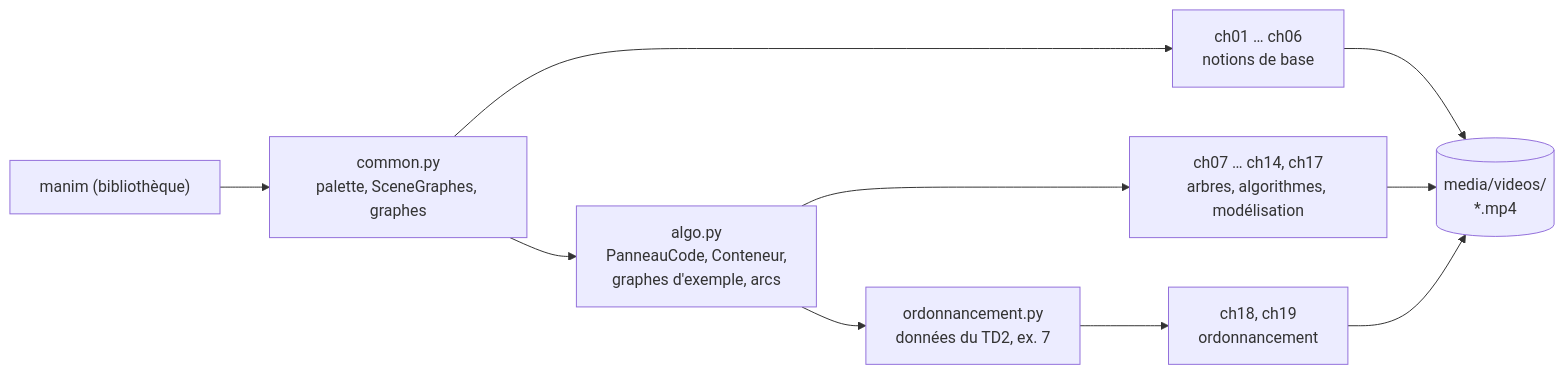
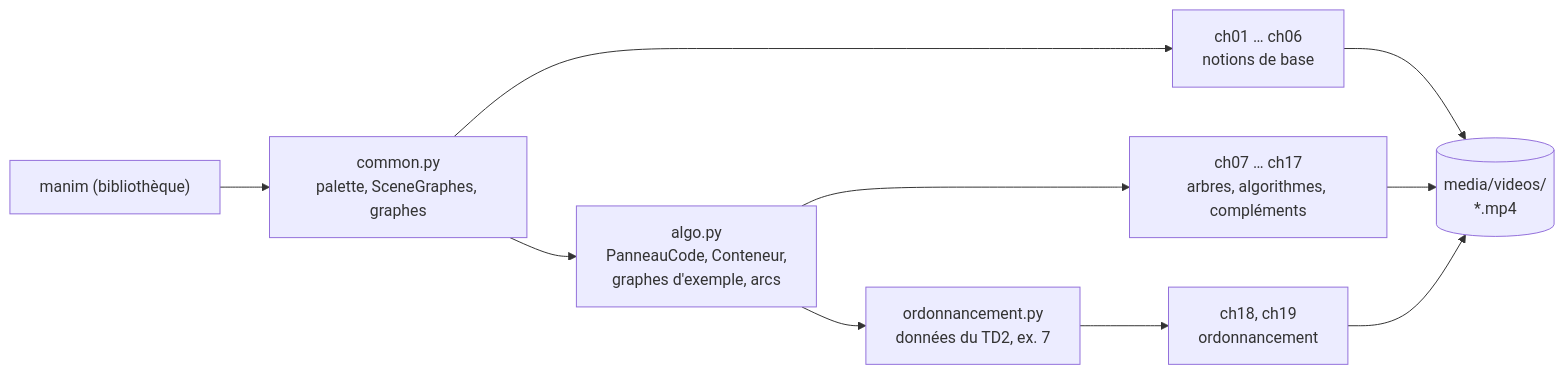
The first of 2 diagrams in ARCHITECTURE.md (sikoso774/revisions-maths), drawn with Mermaid before and after one commit. The commit also changed other lines of this file and 5 other files, not shown here.

````diff
--- a/ARCHITECTURE.md
+++ b/ARCHITECTURE.md
@@ -9,12 +9,12 @@
 ```mermaid
 flowchart LR
     manim["manim (bibliothèque)"] --> common
     common["common.py<br/>palette, SceneGraphes, graphes"] --> c16["ch01 … ch06<br/>notions de base"]
     common --> algo
-    algo["algo.py<br/>PanneauCode, Conteneur,<br/>graphes d'exemple, arcs"] --> c714["ch07 … ch14, ch17<br/>arbres, algorithmes, modélisation"]
+    algo["algo.py<br/>PanneauCode, Conteneur,<br/>graphes d'exemple, arcs"] --> c714["ch07 … ch17<br/>arbres, algorithmes, compléments"]
     algo --> ordo["ordonnancement.py<br/>données du TD2, ex. 7"]
     ordo --> c1819["ch18, ch19<br/>ordonnancement"]
     c16 --> media[("media/videos/<br/>*.mp4")]
     c714 --> media
     c1819 --> media
 ```
````
